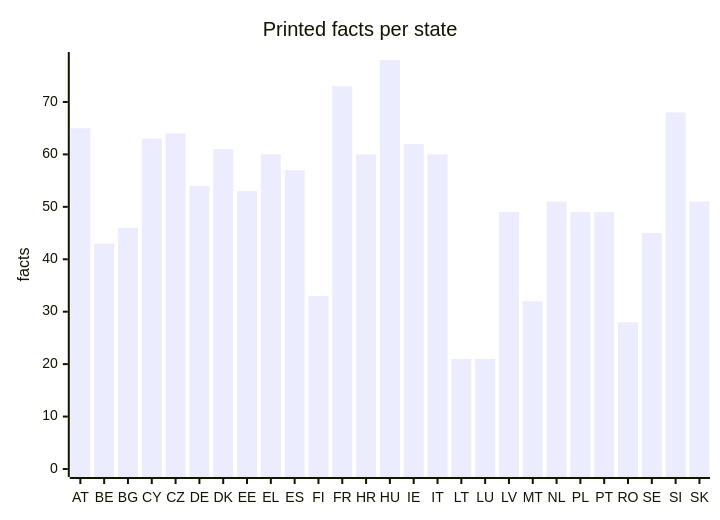
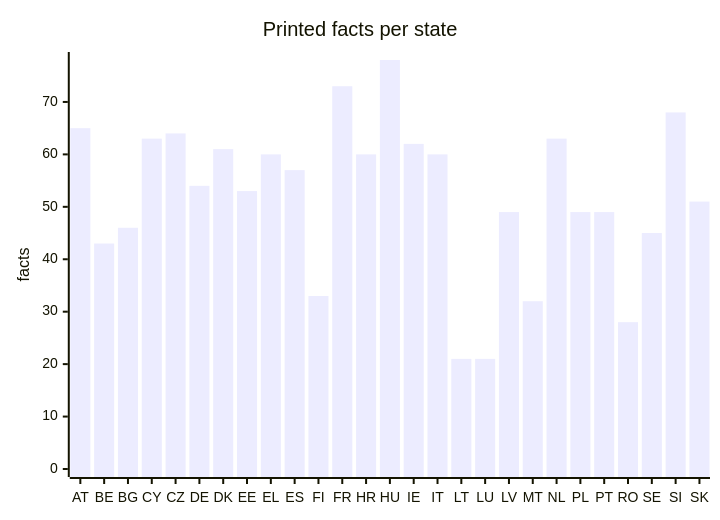
Before and after one commit to EU27-data-sovereignty/eu27-data-sovereignty: the fourth of 5 diagrams in docs/evidence.md, drawn with Mermaid. The commit also changed other lines of this file and 57 other files, not shown here.

````diff
--- a/docs/evidence.md
+++ b/docs/evidence.md
@@ -85,7 +85,7 @@
 ```mermaid
 xychart-beta
   title "Printed facts per state"
   x-axis [AT, BE, BG, CY, CZ, DE, DK, EE, EL, ES, FI, FR, HR, HU, IE, IT, LT, LU, LV, MT, NL, PL, PT, RO, SE, SI, SK]
   y-axis "facts" 0 --> 78
-  bar [65, 43, 46, 63, 64, 54, 61, 53, 60, 57, 33, 73, 60, 78, 62, 60, 21, 21, 49, 32, 51, 49, 49, 28, 45, 68, 51]
+  bar [65, 43, 46, 63, 64, 54, 61, 53, 60, 57, 33, 73, 60, 78, 62, 60, 21, 21, 49, 32, 63, 49, 49, 28, 45, 68, 51]
 ```
````
